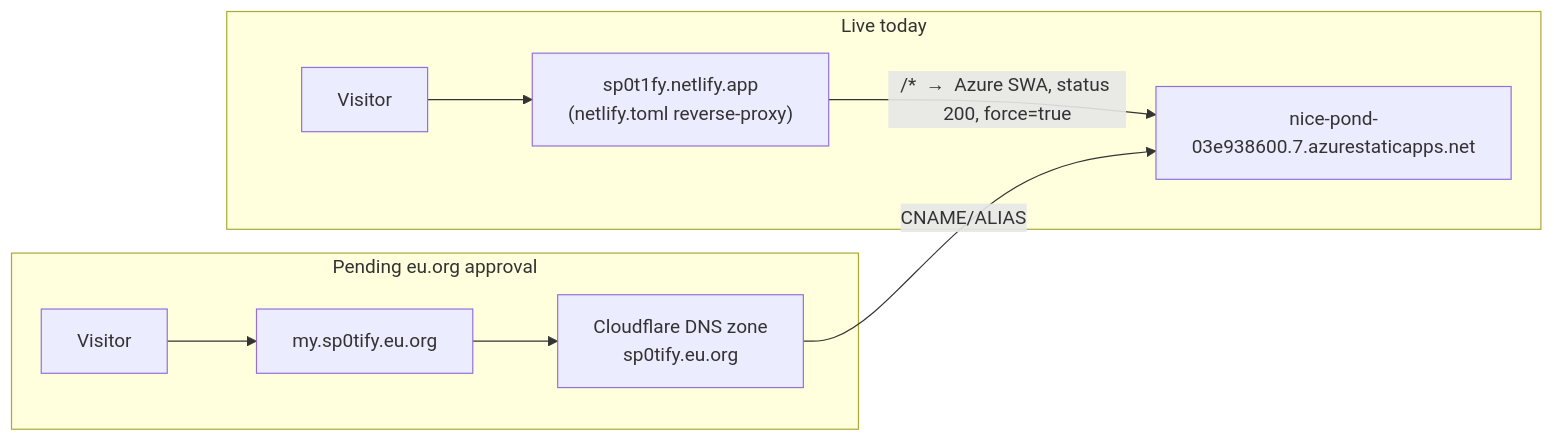
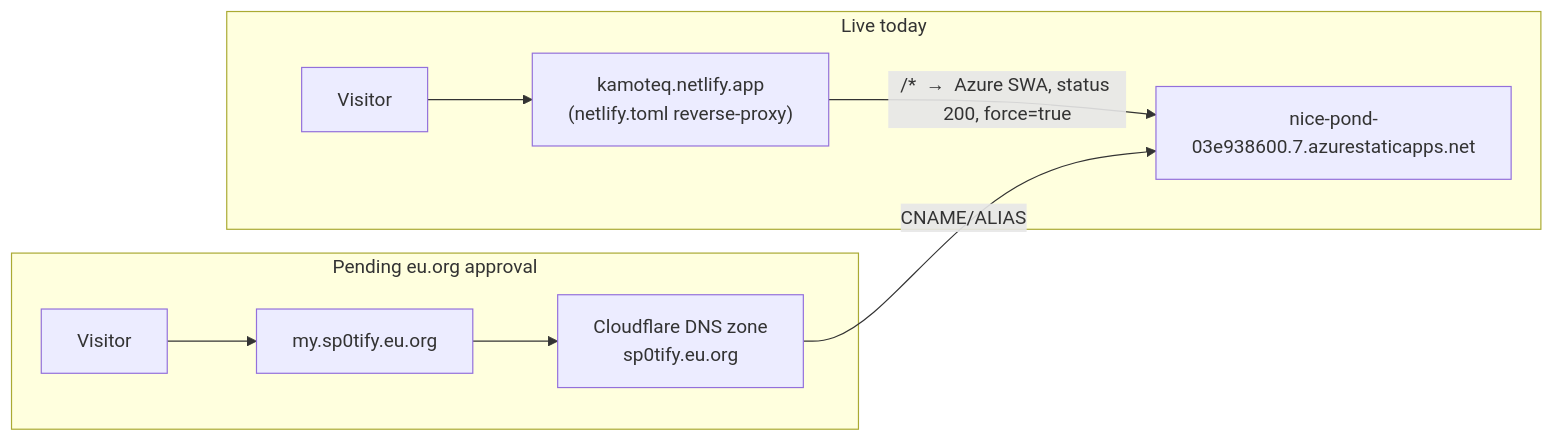
The fifth of 6 diagrams in PRESENTATION.md (13ntlent-afk/Mysp0tify), drawn with Mermaid before and after one commit. The commit also changed other lines of this file and 3 other files, not shown here.

First line of the commit message:
docs: document Netlify proxy front door at kamoteq.netlify.app

````diff
--- a/PRESENTATION.md
+++ b/PRESENTATION.md
@@ -319,12 +319,12 @@
 ```mermaid
 flowchart LR
     subgraph Now["Live today"]
-        Visitor1[Visitor] --> NetlifyHost["sp0t1fy.netlify.app\n(netlify.toml reverse-proxy)"]
+        Visitor1[Visitor] --> NetlifyHost["kamoteq.netlify.app\n(netlify.toml reverse-proxy)"]
         NetlifyHost -->|"/*  →  Azure SWA, status 200, force=true"| SWAHost[nice-pond-03e938600.7.azurestaticapps.net]
     end
     subgraph Pending["Pending eu.org approval"]
         Visitor2[Visitor] --> CustomHost[my.sp0tify.eu.org]
         CustomHost --> CFZone[Cloudflare DNS zone\nsp0tify.eu.org]
         CFZone -->|CNAME/ALIAS| SWAHost
     end
 ```
````
